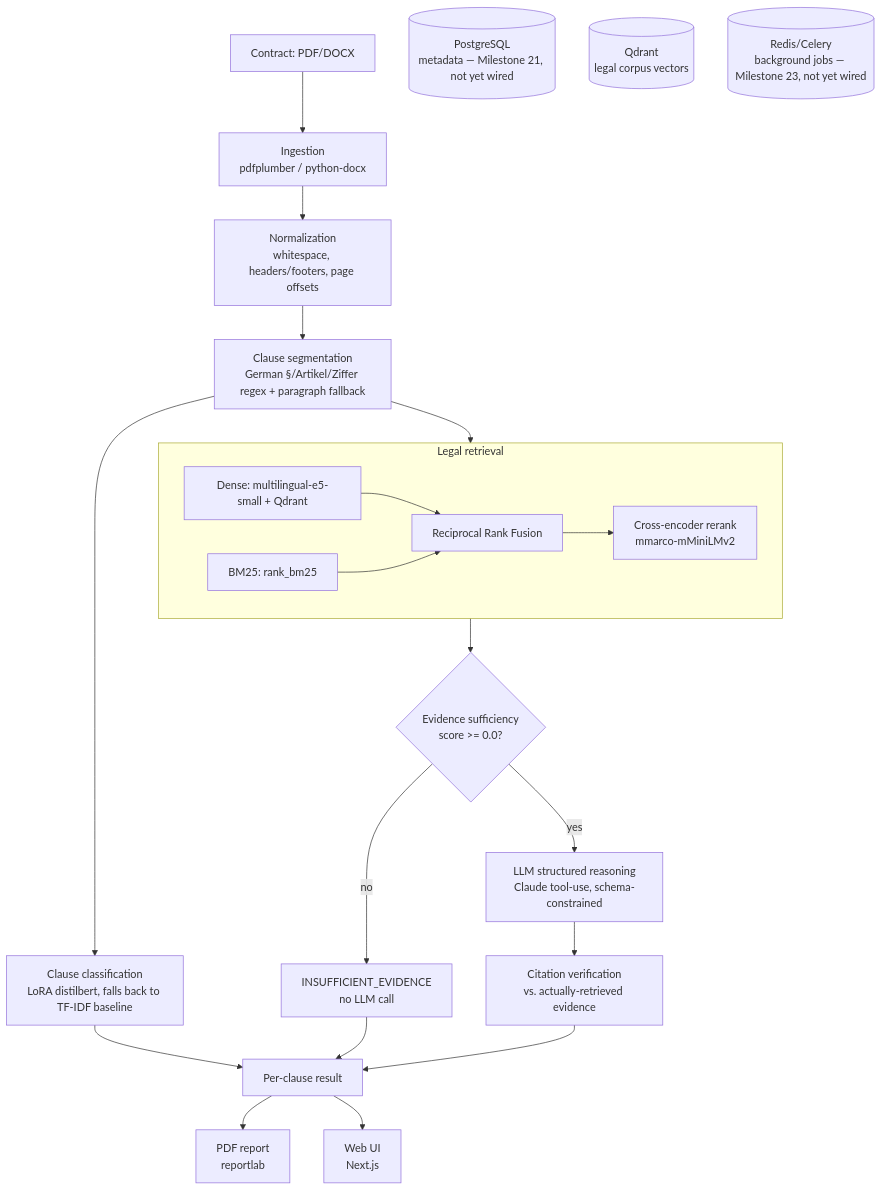
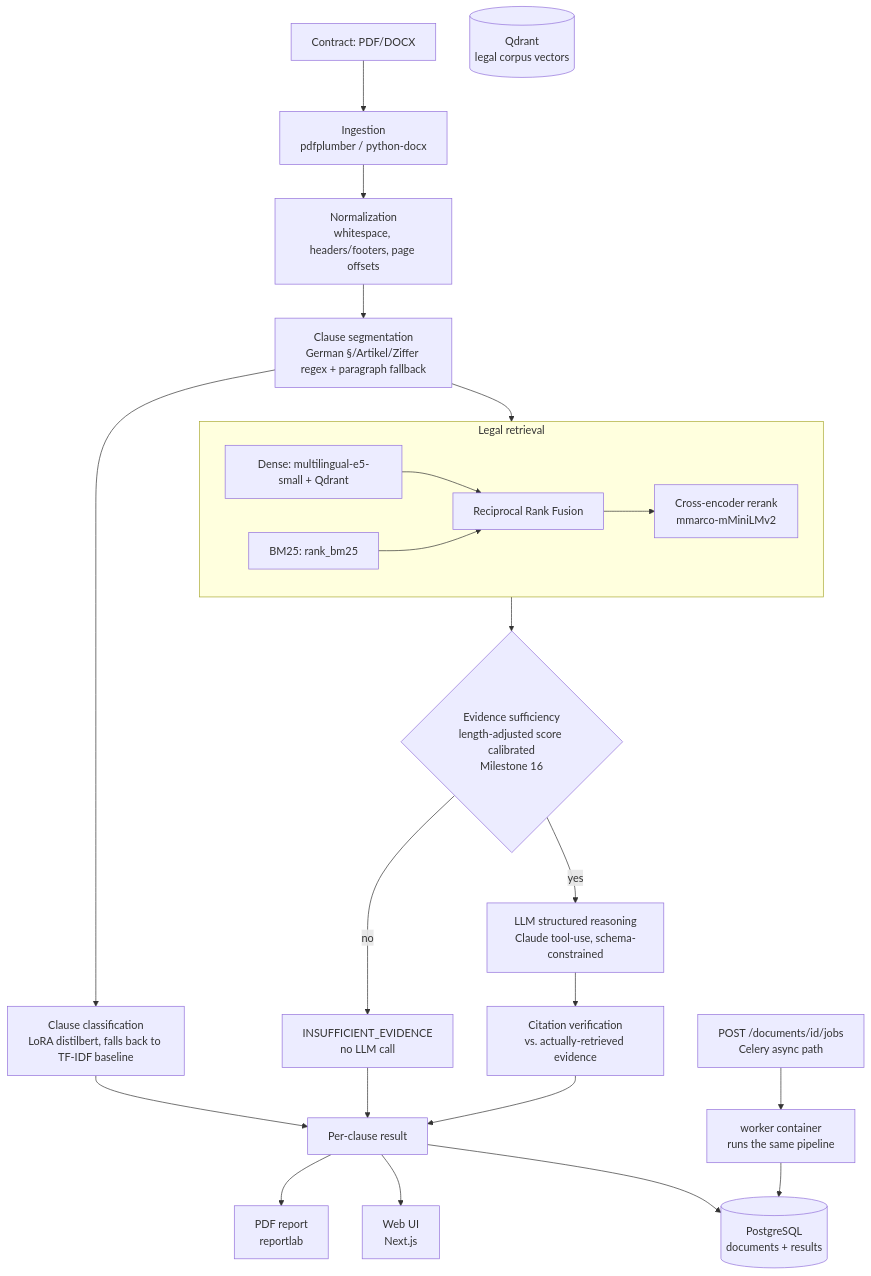
The diagram in README.md (nithya-prakash/ClauseGuard), drawn with Mermaid before and after one commit. The commit also changed other lines of this file and 21 other files, not shown here.

````diff
--- a/README.md
+++ b/README.md
@@ -56,28 +58,30 @@
 ```mermaid
 flowchart TD
     A[Contract: PDF/DOCX] --> B[Ingestion<br/>pdfplumber / python-docx]
     B --> C[Normalization<br/>whitespace, headers/footers, page offsets]
     C --> D[Clause segmentation<br/>German §/Artikel/Ziffer regex + paragraph fallback]
     D --> E[Clause classification<br/>LoRA distilbert, falls back to TF-IDF baseline]
     D --> F[Legal retrieval]
     subgraph F[Legal retrieval]
         F1[Dense: multilingual-e5-small + Qdrant]
         F2[BM25: rank_bm25]
         F1 --> F3[Reciprocal Rank Fusion]
         F2 --> F3
         F3 --> F4[Cross-encoder rerank<br/>mmarco-mMiniLMv2]
     end
-    F --> G{Evidence sufficiency<br/>score >= 0.0?}
+    F --> G{Evidence sufficiency<br/>length-adjusted score calibrated<br/>Milestone 16}
     G -- no --> H[INSUFFICIENT_EVIDENCE<br/>no LLM call]
     G -- yes --> I[LLM structured reasoning<br/>Claude tool-use, schema-constrained]
     I --> J[Citation verification<br/>vs. actually-retrieved evidence]
     E --> K[Per-clause result]
     H --> K
     J --> K
     K --> L[PDF report<br/>reportlab]
     K --> M[Web UI<br/>Next.js]
+    K --> N[(PostgreSQL<br/>documents + results)]
 
-    N[(PostgreSQL<br/>metadata — Milestone 21, not yet wired)]
     O[(Qdrant<br/>legal corpus vectors)]
-    P[(Redis/Celery<br/>background jobs — Milestone 23, not yet wired)]
+    P[POST /documents/id/jobs<br/>Celery async path]
+    Q[worker container<br/>runs the same pipeline]
+    P --> Q --> N
 ```
````
